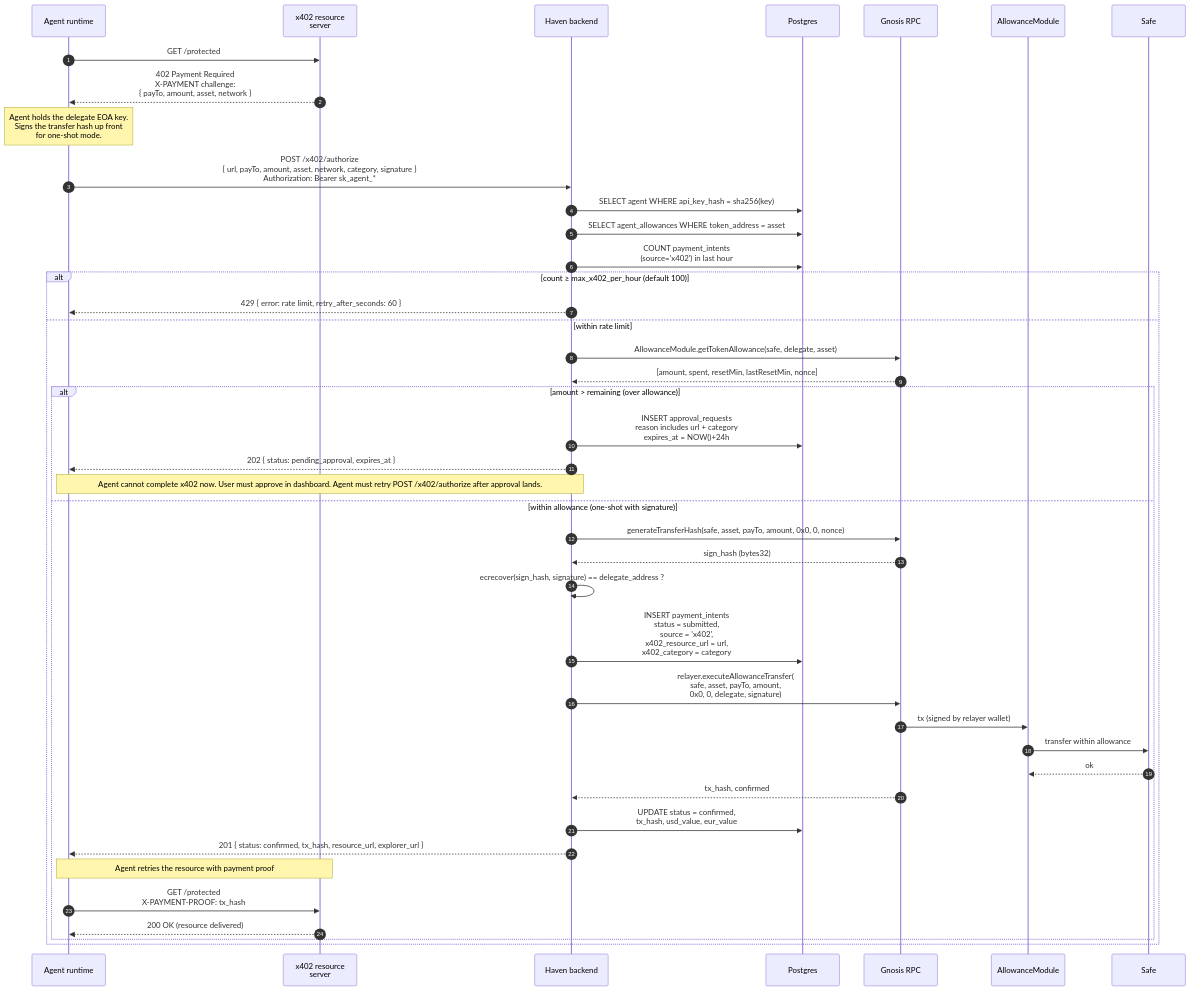
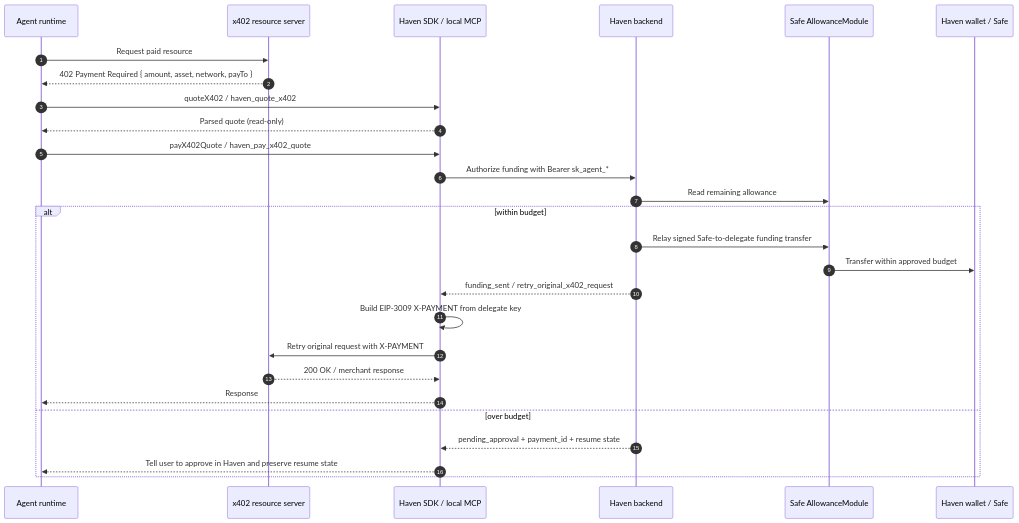
Before and after one commit to d-hinders/Haven-AI: the first of 2 diagrams in docs/architecture/04-x402-payment-sequence.md, drawn with Mermaid. The commit also changed other lines of this file and 12 other files, not shown here.

````diff
--- a/docs/architecture/04-x402-payment-sequence.md
+++ b/docs/architecture/04-x402-payment-sequence.md
@@ -12,51 +26,30 @@
 ```mermaid
 sequenceDiagram
   autonumber
   participant Agent as Agent runtime
-  participant Resource as x402 resource<br/>server
+  participant Resource as x402 resource server
+  participant SDK as Haven SDK / local MCP
   participant API as Haven backend
-  participant DB as Postgres
-  participant RPC as Gnosis RPC
-  participant AM as AllowanceModule
-  participant Safe
+  participant AM as Safe AllowanceModule
+  participant Safe as Haven wallet / Safe
 
-  Agent->>Resource: GET /protected
-  Resource-->>Agent: 402 Payment Required<br/>X-PAYMENT challenge:<br/>{ payTo, amount, asset, network }
-
-  Note over Agent: Agent holds the delegate EOA key.<br/>Signs the transfer hash up front<br/>for one-shot mode.
-
-  Agent->>API: POST /x402/authorize<br/>{ url, payTo, amount, asset, network, category, signature }<br/>Authorization: Bearer sk_agent_*
-  API->>DB: SELECT agent WHERE api_key_hash = sha256(key)
-  API->>DB: SELECT agent_allowances WHERE token_address = asset
-
-  API->>DB: COUNT payment_intents<br/>(source='x402') in last hour
-  alt count ≥ max_x402_per_hour (default 100)
-    API-->>Agent: 429 { error: rate limit, retry_after_seconds: 60 }
-  else within rate limit
-    API->>RPC: AllowanceModule.getTokenAllowance(safe, delegate, asset)
-    RPC-->>API: [amount, spent, resetMin, lastResetMin, nonce]
-
-    alt amount > remaining (over allowance)
-      API->>DB: INSERT approval_requests<br/>reason includes url + category<br/>expires_at = NOW()+24h
-      API-->>Agent: 202 { status: pending_approval, expires_at }
-      Note over Agent,API: Agent cannot complete x402 now. User must approve in dashboard. Agent must retry POST /x402/authorize after approval lands.
-
-    else within allowance (one-shot with signature)
-      API->>RPC: generateTransferHash(safe, asset, payTo, amount, 0x0, 0, nonce)
-      RPC-->>API: sign_hash (bytes32)
-      API->>API: ecrecover(sign_hash, signature) == delegate_address ?
-      API->>DB: INSERT payment_intents<br/>status = submitted,<br/>source = 'x402',<br/>x402_resource_url = url,<br/>x402_category = category
-      API->>RPC: relayer.executeAllowanceTransfer(<br/>safe, asset, payTo, amount,<br/>0x0, 0, delegate, signature)
-      RPC->>AM: tx (signed by relayer wallet)
-      AM->>Safe: transfer within allowance
-      Safe-->>AM: ok
-      RPC-->>API: tx_hash, confirmed
-      API->>DB: UPDATE status = confirmed,<br/>tx_hash, usd_value, eur_value
-      API-->>Agent: 201 { status: confirmed, tx_hash, resource_url, explorer_url }
-
-      Note over Agent,Resource: Agent retries the resource with payment proof
-      Agent->>Resource: GET /protected<br/>X-PAYMENT-PROOF: tx_hash
-      Resource-->>Agent: 200 OK (resource delivered)
-    end
+  Agent->>Resource: Request paid resource
+  Resource-->>Agent: 402 Payment Required { amount, asset, network, payTo }
+  Agent->>SDK: quoteX402 / haven_quote_x402
+  SDK-->>Agent: Parsed quote (read-only)
+  Agent->>SDK: payX402Quote / haven_pay_x402_quote
+  SDK->>API: Authorize funding with Bearer sk_agent_*
+  API->>AM: Read remaining allowance
+  alt within budget
+    API->>AM: Relay signed Safe-to-delegate funding transfer
+    AM->>Safe: Transfer within approved budget
+    API-->>SDK: funding_sent / retry_original_x402_request
+    SDK->>SDK: Build EIP-3009 X-PAYMENT from delegate key
+    SDK->>Resource: Retry original request with X-PAYMENT
+    Resource-->>SDK: 200 OK / merchant response
+    SDK-->>Agent: Response
+  else over budget
+    API-->>SDK: pending_approval + payment_id + resume state
+    SDK-->>Agent: Tell user to approve in Haven and preserve resume state
   end
 ```
````
